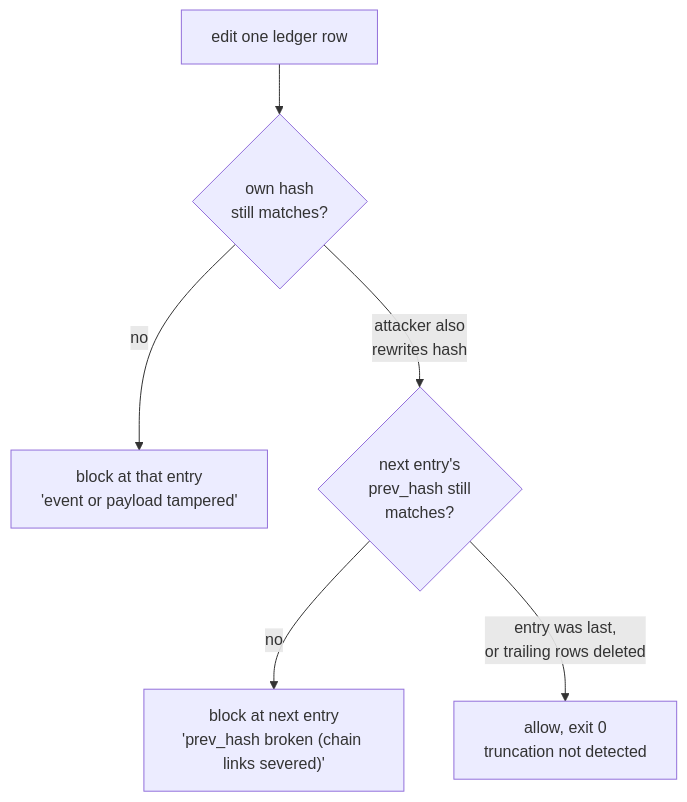
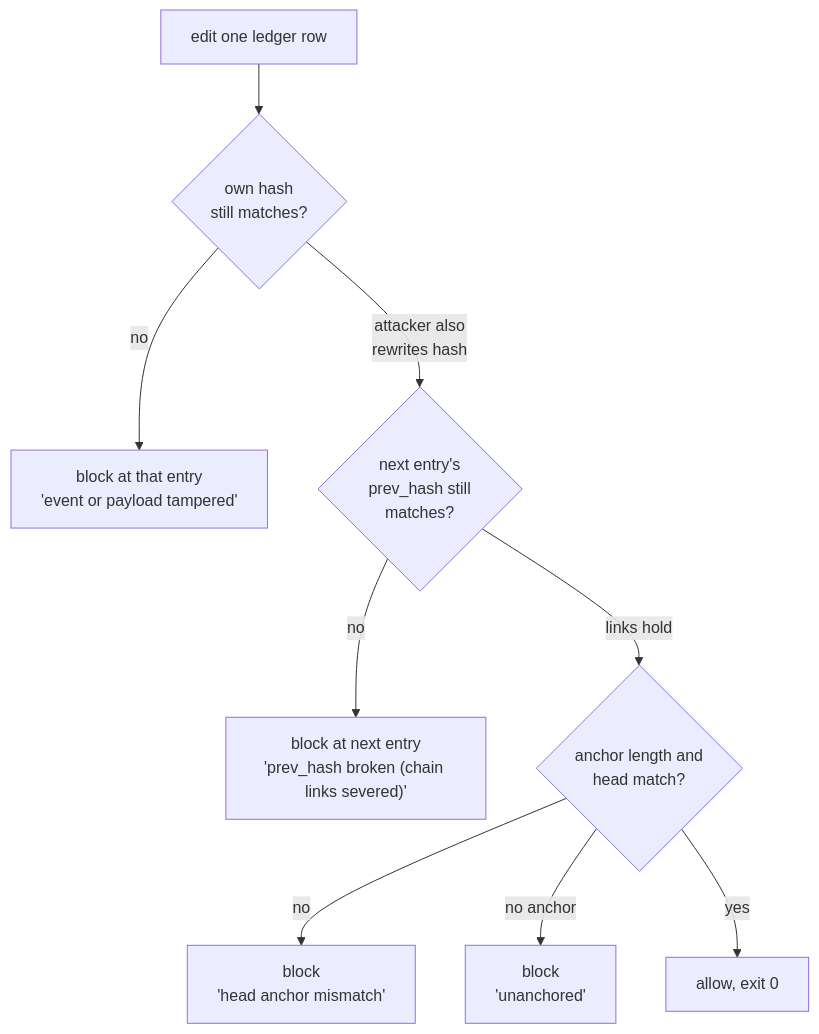
One commit to GodSpeedAI/swe_seed changed the second of 3 diagrams in docs/subsystems/trace-ledger.md. Above: the diagram before and after it, drawn with Mermaid. The commit also changed other lines of this file and 6 other files, not shown here.

First line of the commit message:
docs(ledger): document head-anchor truncation detection

````diff
--- a/docs/subsystems/trace-ledger.md
+++ b/docs/subsystems/trace-ledger.md
@@ -90,8 +90,11 @@
 ```mermaid
 flowchart TD
     Edit["edit one ledger row"] --> Own{"own hash<br/>still matches?"}
     Own -->|no| Stop1["block at that entry<br/>'event or payload tampered'"]
     Own -->|"attacker also<br/>rewrites hash"| Link{"next entry's<br/>prev_hash still<br/>matches?"}
     Link -->|no| Stop2["block at next entry<br/>'prev_hash broken (chain links severed)'"]
-    Link -->|"entry was last,<br/>or trailing rows deleted"| Silent["allow, exit 0<br/>truncation not detected"]
+    Link -->|"links hold"| Anchor{"anchor length and<br/>head match?"}
+    Anchor -->|"no"| Stop3["block<br/>'head anchor mismatch'"]
+    Anchor -->|"no anchor"| Stop4["block<br/>'unanchored'"]
+    Anchor -->|"yes"| Allow["allow, exit 0"]
 ```
````
